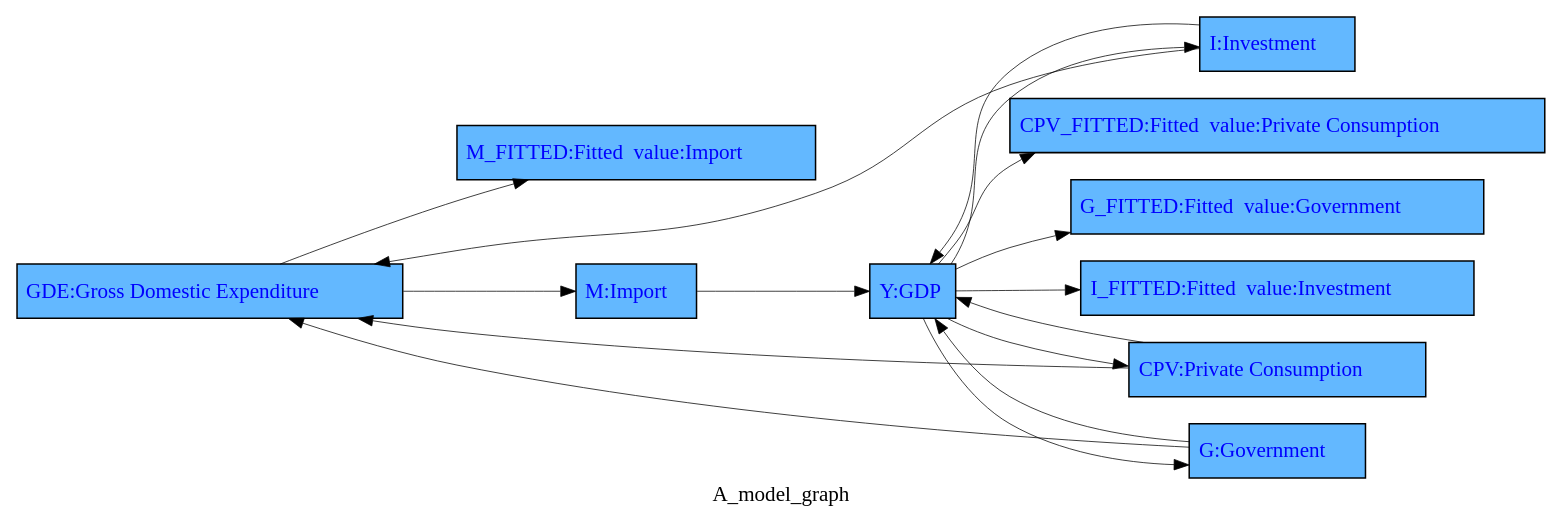
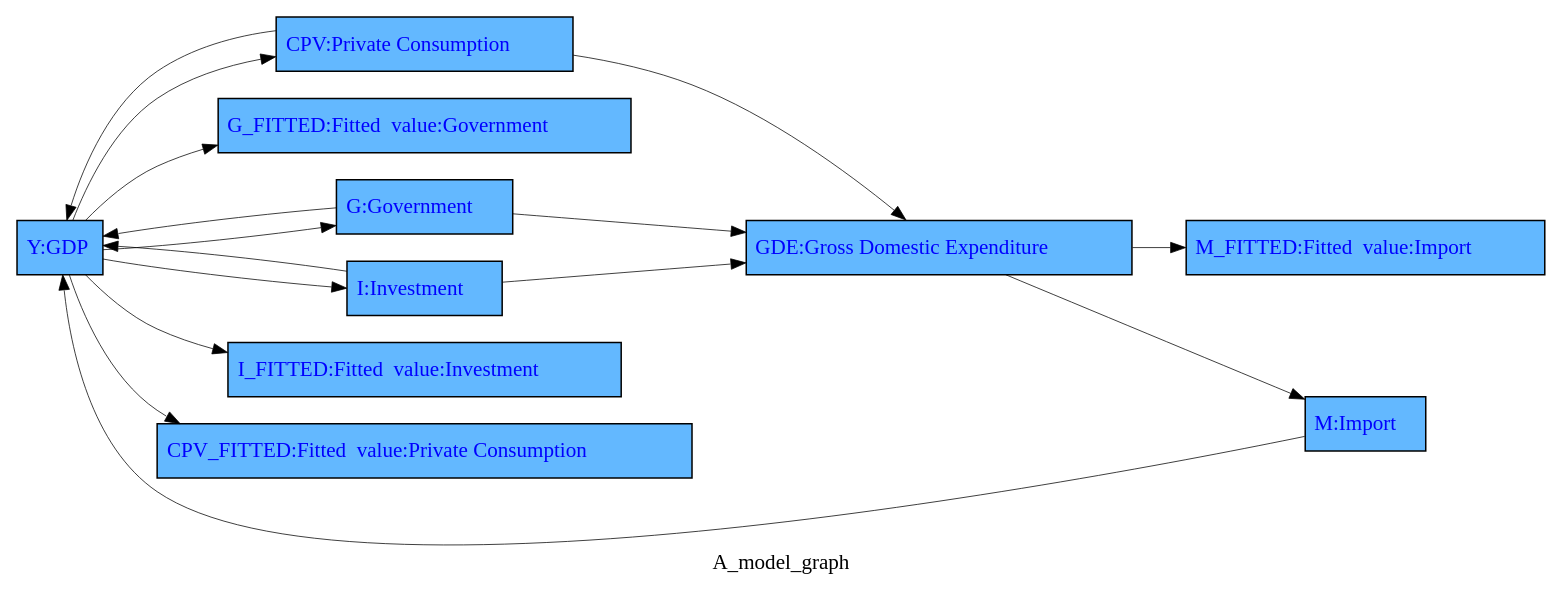
The diagram in working_paper/thebook/content/howto/smallmodel/graph/A_model_graph.gv (IbHansen/modelflow-manual), drawn with Graphviz before and after one commit. The commit also changed 48 other files, not shown here.

```diff
--- a/working_paper/thebook/content/howto/smallmodel/graph/A_model_graph.gv
+++ b/working_paper/thebook/content/howto/smallmodel/graph/A_model_graph.gv
@@ -1,30 +1,30 @@
 digraph TD { rankdir ="LR" 
 {node  [margin=0.025 fontcolor=blue style=filled ] 
- "M_FITTED" [ shape=box fillcolor= steelblue1 tooltip="Fitted  value:Import&#10;FRML &lt;FIT&gt; M_FITTED = M(-1)*EXP( (-C2_M*(LOG(M(-1))-LOG(GDE(-1))-C1_M)+C3_M*((LOG(GDE))-(LOG(GDE(-1))))) )&#36;"  margin=0.025 fontcolor=blue style = filled  label=<<TABLE BORDER='0' CELLBORDER = '0' style = "filled"  > <TR><TD tooltip="Fitted  value:Import&#10;FRML &lt;FIT&gt; M_FITTED = M(-1)*EXP( (-C2_M*(LOG(M(-1))-LOG(GDE(-1))-C1_M)+C3_M*((LOG(GDE))-(LOG(GDE(-1))))) )&#36;">M_FITTED:Fitted  value:Import</TD></TR> </TABLE>> ]
-"I" [ shape=box fillcolor= steelblue1 tooltip="Investment&#10;FRML &lt;FIXABLE, DAMP&gt; I = (I(-1)*EXP(I_A+ (-C2_I*(LOG(I(-1))-LOG(Y(-1)-G(-1))-C1_I)+C3_I*((LOG(Y))-(LOG(Y(-1))))) )) * (1-I_D)+ I_X*I_D &#36;"  margin=0.025 fontcolor=blue style = filled  label=<<TABLE BORDER='0' CELLBORDER = '0' style = "filled"  > <TR><TD tooltip="Investment&#10;FRML &lt;FIXABLE, DAMP&gt; I = (I(-1)*EXP(I_A+ (-C2_I*(LOG(I(-1))-LOG(Y(-1)-G(-1))-C1_I)+C3_I*((LOG(Y))-(LOG(Y(-1))))) )) * (1-I_D)+ I_X*I_D &#36;">I:Investment</TD></TR> </TABLE>> ]
-"CPV_FITTED" [ shape=box fillcolor= steelblue1 tooltip="Fitted  value:Private Consumption&#10;FRML &lt;FIT&gt; CPV_FITTED = CPV(-1)*EXP( (-C2_CPV*(LOG(CPV(-1))-LOG(Y(-1))-C1_CPV)+C3_CPV*((LOG(Y))-(LOG(Y(-1))))) )&#36;"  margin=0.025 fontcolor=blue style = filled  label=<<TABLE BORDER='0' CELLBORDER = '0' style = "filled"  > <TR><TD tooltip="Fitted  value:Private Consumption&#10;FRML &lt;FIT&gt; CPV_FITTED = CPV(-1)*EXP( (-C2_CPV*(LOG(CPV(-1))-LOG(Y(-1))-C1_CPV)+C3_CPV*((LOG(Y))-(LOG(Y(-1))))) )&#36;">CPV_FITTED:Fitted  value:Private Consumption</TD></TR> </TABLE>> ]
+ "G_FITTED" [ shape=box fillcolor= steelblue1 tooltip="Fitted  value:Government&#10;FRML &lt;FIT&gt; G_FITTED = G(-1)*EXP( (-C2_G*(LOG(G(-1))-LOG(Y(-1))-C1_G)+C3_G*((LOG(Y))-(LOG(Y(-1))))) )&#36;"  margin=0.025 fontcolor=blue style = filled  label=<<TABLE BORDER='0' CELLBORDER = '0' style = "filled"  > <TR><TD tooltip="Fitted  value:Government&#10;FRML &lt;FIT&gt; G_FITTED = G(-1)*EXP( (-C2_G*(LOG(G(-1))-LOG(Y(-1))-C1_G)+C3_G*((LOG(Y))-(LOG(Y(-1))))) )&#36;">G_FITTED:Fitted  value:Government</TD></TR> </TABLE>> ]
+"M_FITTED" [ shape=box fillcolor= steelblue1 tooltip="Fitted  value:Import&#10;FRML &lt;FIT&gt; M_FITTED = M(-1)*EXP( (-C2_M*(LOG(M(-1))-LOG(GDE(-1))-C1_M)+C3_M*((LOG(GDE))-(LOG(GDE(-1))))) )&#36;"  margin=0.025 fontcolor=blue style = filled  label=<<TABLE BORDER='0' CELLBORDER = '0' style = "filled"  > <TR><TD tooltip="Fitted  value:Import&#10;FRML &lt;FIT&gt; M_FITTED = M(-1)*EXP( (-C2_M*(LOG(M(-1))-LOG(GDE(-1))-C1_M)+C3_M*((LOG(GDE))-(LOG(GDE(-1))))) )&#36;">M_FITTED:Fitted  value:Import</TD></TR> </TABLE>> ]
 "CPV" [ shape=box fillcolor= steelblue1 tooltip="Private Consumption&#10;FRML &lt;FIXABLE, DAMP&gt; CPV = (CPV(-1)*EXP(CPV_A+ (-C2_CPV*(LOG(CPV(-1))-LOG(Y(-1))-C1_CPV)+C3_CPV*((LOG(Y))-(LOG(Y(-1))))) )) * (1-CPV_D)+ CPV_X*CPV_D &#36;"  margin=0.025 fontcolor=blue style = filled  label=<<TABLE BORDER='0' CELLBORDER = '0' style = "filled"  > <TR><TD tooltip="Private Consumption&#10;FRML &lt;FIXABLE, DAMP&gt; CPV = (CPV(-1)*EXP(CPV_A+ (-C2_CPV*(LOG(CPV(-1))-LOG(Y(-1))-C1_CPV)+C3_CPV*((LOG(Y))-(LOG(Y(-1))))) )) * (1-CPV_D)+ CPV_X*CPV_D &#36;">CPV:Private Consumption</TD></TR> </TABLE>> ]
 "Y" [ shape=box fillcolor= steelblue1 tooltip="GDP&#10;FRML &lt;IDENT&gt; Y = CPV+I+G+X-M+YDISC&#36;"  margin=0.025 fontcolor=blue style = filled  label=<<TABLE BORDER='0' CELLBORDER = '0' style = "filled"  > <TR><TD tooltip="GDP&#10;FRML &lt;IDENT&gt; Y = CPV+I+G+X-M+YDISC&#36;">Y:GDP</TD></TR> </TABLE>> ]
+"G" [ shape=box fillcolor= steelblue1 tooltip="Government&#10;FRML &lt;FIXABLE, DAMP&gt; G = (G(-1)*EXP(G_A+ (-C2_G*(LOG(G(-1))-LOG(Y(-1))-C1_G)+C3_G*((LOG(Y))-(LOG(Y(-1))))) )) * (1-G_D)+ G_X*G_D &#36;"  margin=0.025 fontcolor=blue style = filled  label=<<TABLE BORDER='0' CELLBORDER = '0' style = "filled"  > <TR><TD tooltip="Government&#10;FRML &lt;FIXABLE, DAMP&gt; G = (G(-1)*EXP(G_A+ (-C2_G*(LOG(G(-1))-LOG(Y(-1))-C1_G)+C3_G*((LOG(Y))-(LOG(Y(-1))))) )) * (1-G_D)+ G_X*G_D &#36;">G:Government</TD></TR> </TABLE>> ]
+"I" [ shape=box fillcolor= steelblue1 tooltip="Investment&#10;FRML &lt;FIXABLE, DAMP&gt; I = (I(-1)*EXP(I_A+ (-C2_I*(LOG(I(-1))-LOG(Y(-1)-G(-1))-C1_I)+C3_I*((LOG(Y))-(LOG(Y(-1))))) )) * (1-I_D)+ I_X*I_D &#36;"  margin=0.025 fontcolor=blue style = filled  label=<<TABLE BORDER='0' CELLBORDER = '0' style = "filled"  > <TR><TD tooltip="Investment&#10;FRML &lt;FIXABLE, DAMP&gt; I = (I(-1)*EXP(I_A+ (-C2_I*(LOG(I(-1))-LOG(Y(-1)-G(-1))-C1_I)+C3_I*((LOG(Y))-(LOG(Y(-1))))) )) * (1-I_D)+ I_X*I_D &#36;">I:Investment</TD></TR> </TABLE>> ]
+"I_FITTED" [ shape=box fillcolor= steelblue1 tooltip="Fitted  value:Investment&#10;FRML &lt;FIT&gt; I_FITTED = I(-1)*EXP( (-C2_I*(LOG(I(-1))-LOG(Y(-1)-G(-1))-C1_I)+C3_I*((LOG(Y))-(LOG(Y(-1))))) )&#36;"  margin=0.025 fontcolor=blue style = filled  label=<<TABLE BORDER='0' CELLBORDER = '0' style = "filled"  > <TR><TD tooltip="Fitted  value:Investment&#10;FRML &lt;FIT&gt; I_FITTED = I(-1)*EXP( (-C2_I*(LOG(I(-1))-LOG(Y(-1)-G(-1))-C1_I)+C3_I*((LOG(Y))-(LOG(Y(-1))))) )&#36;">I_FITTED:Fitted  value:Investment</TD></TR> </TABLE>> ]
+"CPV_FITTED" [ shape=box fillcolor= steelblue1 tooltip="Fitted  value:Private Consumption&#10;FRML &lt;FIT&gt; CPV_FITTED = CPV(-1)*EXP( (-C2_CPV*(LOG(CPV(-1))-LOG(Y(-1))-C1_CPV)+C3_CPV*((LOG(Y))-(LOG(Y(-1))))) )&#36;"  margin=0.025 fontcolor=blue style = filled  label=<<TABLE BORDER='0' CELLBORDER = '0' style = "filled"  > <TR><TD tooltip="Fitted  value:Private Consumption&#10;FRML &lt;FIT&gt; CPV_FITTED = CPV(-1)*EXP( (-C2_CPV*(LOG(CPV(-1))-LOG(Y(-1))-C1_CPV)+C3_CPV*((LOG(Y))-(LOG(Y(-1))))) )&#36;">CPV_FITTED:Fitted  value:Private Consumption</TD></TR> </TABLE>> ]
 "GDE" [ shape=box fillcolor= steelblue1 tooltip="Gross Domestic Expenditure&#10;FRML &lt;IDENT&gt; GDE = CPV+I+G&#36;"  margin=0.025 fontcolor=blue style = filled  label=<<TABLE BORDER='0' CELLBORDER = '0' style = "filled"  > <TR><TD tooltip="Gross Domestic Expenditure&#10;FRML &lt;IDENT&gt; GDE = CPV+I+G&#36;">GDE:Gross Domestic Expenditure</TD></TR> </TABLE>> ]
-"M" [ shape=box fillcolor= steelblue1 tooltip="Import&#10;FRML &lt;FIXABLE, DAMP&gt; M = (M(-1)*EXP(M_A+ (-C2_M*(LOG(M(-1))-LOG(GDE(-1))-C1_M)+C3_M*((LOG(GDE))-(LOG(GDE(-1))))) )) * (1-M_D)+ M_X*M_D &#36;"  margin=0.025 fontcolor=blue style = filled  label=<<TABLE BORDER='0' CELLBORDER = '0' style = "filled"  > <TR><TD tooltip="Import&#10;FRML &lt;FIXABLE, DAMP&gt; M = (M(-1)*EXP(M_A+ (-C2_M*(LOG(M(-1))-LOG(GDE(-1))-C1_M)+C3_M*((LOG(GDE))-(LOG(GDE(-1))))) )) * (1-M_D)+ M_X*M_D &#36;">M:Import</TD></TR> </TABLE>> ]
-"G" [ shape=box fillcolor= steelblue1 tooltip="Government&#10;FRML &lt;FIXABLE, DAMP&gt; G = (G(-1)*EXP(G_A+ (-C2_G*(LOG(G(-1))-LOG(Y(-1))-C1_G)+C3_G*((LOG(Y))-(LOG(Y(-1))))) )) * (1-G_D)+ G_X*G_D &#36;"  margin=0.025 fontcolor=blue style = filled  label=<<TABLE BORDER='0' CELLBORDER = '0' style = "filled"  > <TR><TD tooltip="Government&#10;FRML &lt;FIXABLE, DAMP&gt; G = (G(-1)*EXP(G_A+ (-C2_G*(LOG(G(-1))-LOG(Y(-1))-C1_G)+C3_G*((LOG(Y))-(LOG(Y(-1))))) )) * (1-G_D)+ G_X*G_D &#36;">G:Government</TD></TR> </TABLE>> ]
-"G_FITTED" [ shape=box fillcolor= steelblue1 tooltip="Fitted  value:Government&#10;FRML &lt;FIT&gt; G_FITTED = G(-1)*EXP( (-C2_G*(LOG(G(-1))-LOG(Y(-1))-C1_G)+C3_G*((LOG(Y))-(LOG(Y(-1))))) )&#36;"  margin=0.025 fontcolor=blue style = filled  label=<<TABLE BORDER='0' CELLBORDER = '0' style = "filled"  > <TR><TD tooltip="Fitted  value:Government&#10;FRML &lt;FIT&gt; G_FITTED = G(-1)*EXP( (-C2_G*(LOG(G(-1))-LOG(Y(-1))-C1_G)+C3_G*((LOG(Y))-(LOG(Y(-1))))) )&#36;">G_FITTED:Fitted  value:Government</TD></TR> </TABLE>> ]
-"I_FITTED" [ shape=box fillcolor= steelblue1 tooltip="Fitted  value:Investment&#10;FRML &lt;FIT&gt; I_FITTED = I(-1)*EXP( (-C2_I*(LOG(I(-1))-LOG(Y(-1)-G(-1))-C1_I)+C3_I*((LOG(Y))-(LOG(Y(-1))))) )&#36;"  margin=0.025 fontcolor=blue style = filled  label=<<TABLE BORDER='0' CELLBORDER = '0' style = "filled"  > <TR><TD tooltip="Fitted  value:Investment&#10;FRML &lt;FIT&gt; I_FITTED = I(-1)*EXP( (-C2_I*(LOG(I(-1))-LOG(Y(-1)-G(-1))-C1_I)+C3_I*((LOG(Y))-(LOG(Y(-1))))) )&#36;">I_FITTED:Fitted  value:Investment</TD></TR> </TABLE>> ] 
+"M" [ shape=box fillcolor= steelblue1 tooltip="Import&#10;FRML &lt;FIXABLE, DAMP&gt; M = (M(-1)*EXP(M_A+ (-C2_M*(LOG(M(-1))-LOG(GDE(-1))-C1_M)+C3_M*((LOG(GDE))-(LOG(GDE(-1))))) )) * (1-M_D)+ M_X*M_D &#36;"  margin=0.025 fontcolor=blue style = filled  label=<<TABLE BORDER='0' CELLBORDER = '0' style = "filled"  > <TR><TD tooltip="Import&#10;FRML &lt;FIXABLE, DAMP&gt; M = (M(-1)*EXP(M_A+ (-C2_M*(LOG(M(-1))-LOG(GDE(-1))-C1_M)+C3_M*((LOG(GDE))-(LOG(GDE(-1))))) )) * (1-M_D)+ M_X*M_D &#36;">M:Import</TD></TR> </TABLE>> ] 
 } 
+"G" -> "Y" [ style = filled tooltip=NA href="bogus" penwidth = 0.5 ]
+"I" -> "Y" [ style = filled tooltip=NA href="bogus" penwidth = 0.5 ]
+"Y" -> "CPV_FITTED" [ style = filled tooltip=NA href="bogus" penwidth = 0.5 ]
+"Y" -> "G" [ style = filled tooltip=NA href="bogus" penwidth = 0.5 ]
+"G" -> "GDE" [ style = filled tooltip=NA href="bogus" penwidth = 0.5 ]
+"I" -> "GDE" [ style = filled tooltip=NA href="bogus" penwidth = 0.5 ]
+"Y" -> "G_FITTED" [ style = filled tooltip=NA href="bogus" penwidth = 0.5 ]
+"Y" -> "CPV" [ style = filled tooltip=NA href="bogus" penwidth = 0.5 ]
+"GDE" -> "M" [ style = filled tooltip=NA href="bogus" penwidth = 0.5 ]
+"CPV" -> "Y" [ style = filled tooltip=NA href="bogus" penwidth = 0.5 ]
+"Y" -> "I_FITTED" [ style = filled tooltip=NA href="bogus" penwidth = 0.5 ]
+"GDE" -> "M_FITTED" [ style = filled tooltip=NA href="bogus" penwidth = 0.5 ]
+"M" -> "Y" [ style = filled tooltip=NA href="bogus" penwidth = 0.5 ]
 "Y" -> "I" [ style = filled tooltip=NA href="bogus" penwidth = 0.5 ]
-"Y" -> "G_FITTED" [ style = filled tooltip=NA href="bogus" penwidth = 0.5 ]
-"Y" -> "I_FITTED" [ style = filled tooltip=NA href="bogus" penwidth = 0.5 ]
-"Y" -> "CPV_FITTED" [ style = filled tooltip=NA href="bogus" penwidth = 0.5 ]
-"G" -> "GDE" [ style = filled tooltip=NA href="bogus" penwidth = 0.5 ]
-"GDE" -> "M" [ style = filled tooltip=NA href="bogus" penwidth = 0.5 ]
-"G" -> "Y" [ style = filled tooltip=NA href="bogus" penwidth = 0.5 ]
-"Y" -> "CPV" [ style = filled tooltip=NA href="bogus" penwidth = 0.5 ]
-"I" -> "GDE" [ style = filled tooltip=NA href="bogus" penwidth = 0.5 ]
-"M" -> "Y" [ style = filled tooltip=NA href="bogus" penwidth = 0.5 ]
 "CPV" -> "GDE" [ style = filled tooltip=NA href="bogus" penwidth = 0.5 ]
-"I" -> "Y" [ style = filled tooltip=NA href="bogus" penwidth = 0.5 ]
-"GDE" -> "M_FITTED" [ style = filled tooltip=NA href="bogus" penwidth = 0.5 ]
-"CPV" -> "Y" [ style = filled tooltip=NA href="bogus" penwidth = 0.5 ]
-"Y" -> "G" [ style = filled tooltip=NA href="bogus" penwidth = 0.5 ]
  label = "A_model_graph";
 }
```
